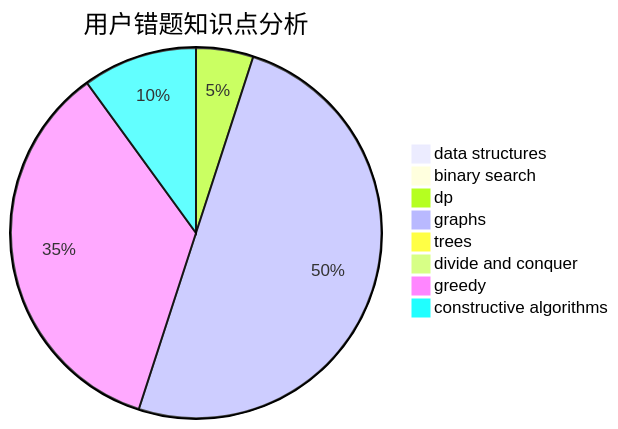
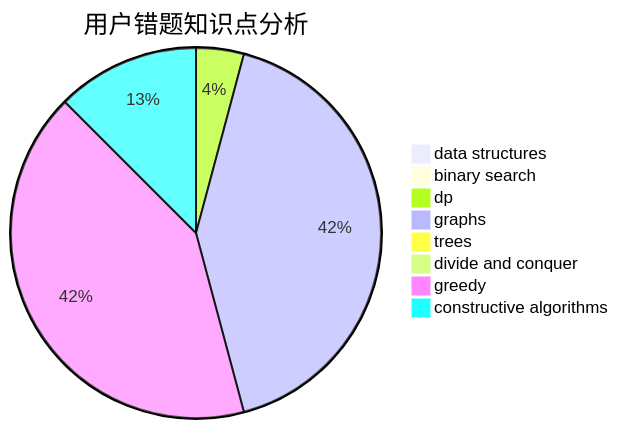
Before and after one commit to sherpahu/cfrs.github.io: the third of 3 diagrams in docs/user/u27.md, drawn with Mermaid. The commit also changed other lines of this file and 2770 other files, not shown here.

````diff
--- a/docs/user/u27.md
+++ b/docs/user/u27.md
@@ -36,11 +36,11 @@
 ```mermaid
 pie title 用户错题知识点分析
     "data structures" :  0
     "binary search" :  0
     "dp" :  1
     "graphs" :  10
     "trees" :  0
     "divide and conquer" :  0
-    "greedy" :  7
-    "constructive algorithms" :  2
+    "greedy" :  10
+    "constructive algorithms" :  3
 ```
````
